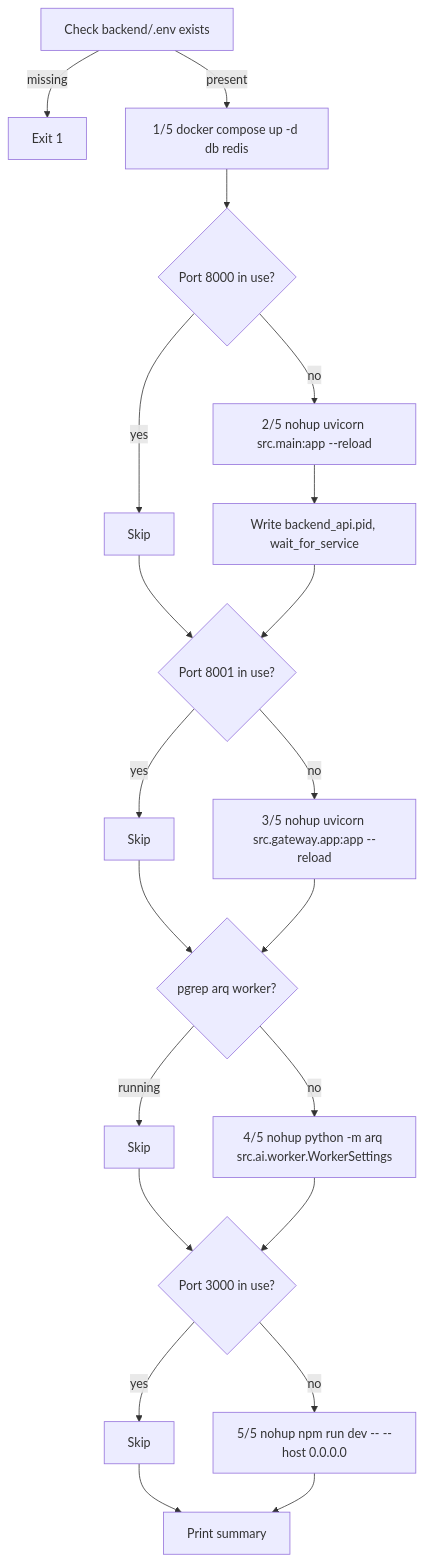
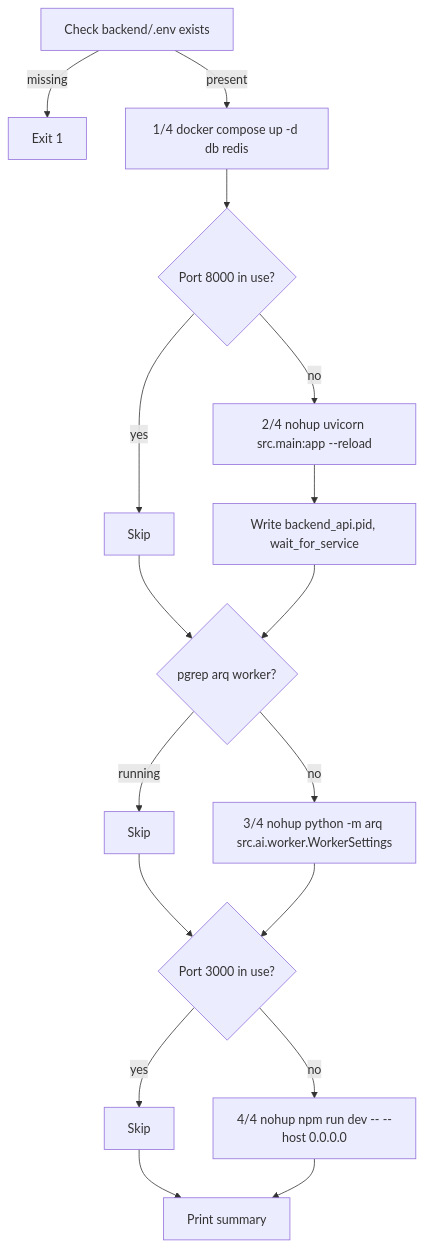
Before and after one commit to gondolerahul/hire-buddha-app: the sixth of 16 diagrams in docs/current/18-infrastructure-and-deployment.md, drawn with Mermaid. The commit also changed other lines of this file and 61 other files, not shown here.

````diff
--- a/docs/current/18-infrastructure-and-deployment.md
+++ b/docs/current/18-infrastructure-and-deployment.md
@@ -435,23 +421,19 @@
 ```mermaid
 flowchart TD
     A["Check backend/.env exists"] -->|missing| FAIL["Exit 1"]
-    A -->|present| B["1/5 docker compose up -d db redis"]
+    A -->|present| B["1/4 docker compose up -d db redis"]
     B --> C{"Port 8000 in use?"}
     C -->|yes| CS["Skip"]
-    C -->|no| C1["2/5 nohup uvicorn src.main:app --reload"]
+    C -->|no| C1["2/4 nohup uvicorn src.main:app --reload"]
     C1 --> C2["Write backend_api.pid, wait_for_service"]
-    CS --> D{"Port 8001 in use?"}
-    C2 --> D
-    D -->|yes| DS["Skip"]
-    D -->|no| D1["3/5 nohup uvicorn src.gateway.app:app --reload"]
-    DS --> E{"pgrep arq worker?"}
-    D1 --> E
+    CS --> E{"pgrep arq worker?"}
+    C2 --> E
     E -->|running| ES["Skip"]
-    E -->|no| E1["4/5 nohup python -m arq src.ai.worker.WorkerSettings"]
+    E -->|no| E1["3/4 nohup python -m arq src.ai.worker.WorkerSettings"]
     ES --> F{"Port 3000 in use?"}
     E1 --> F
     F -->|yes| FS["Skip"]
-    F -->|no| F1["5/5 nohup npm run dev -- --host 0.0.0.0"]
+    F -->|no| F1["4/4 nohup npm run dev -- --host 0.0.0.0"]
     FS --> G["Print summary"]
     F1 --> G
 ```
````
